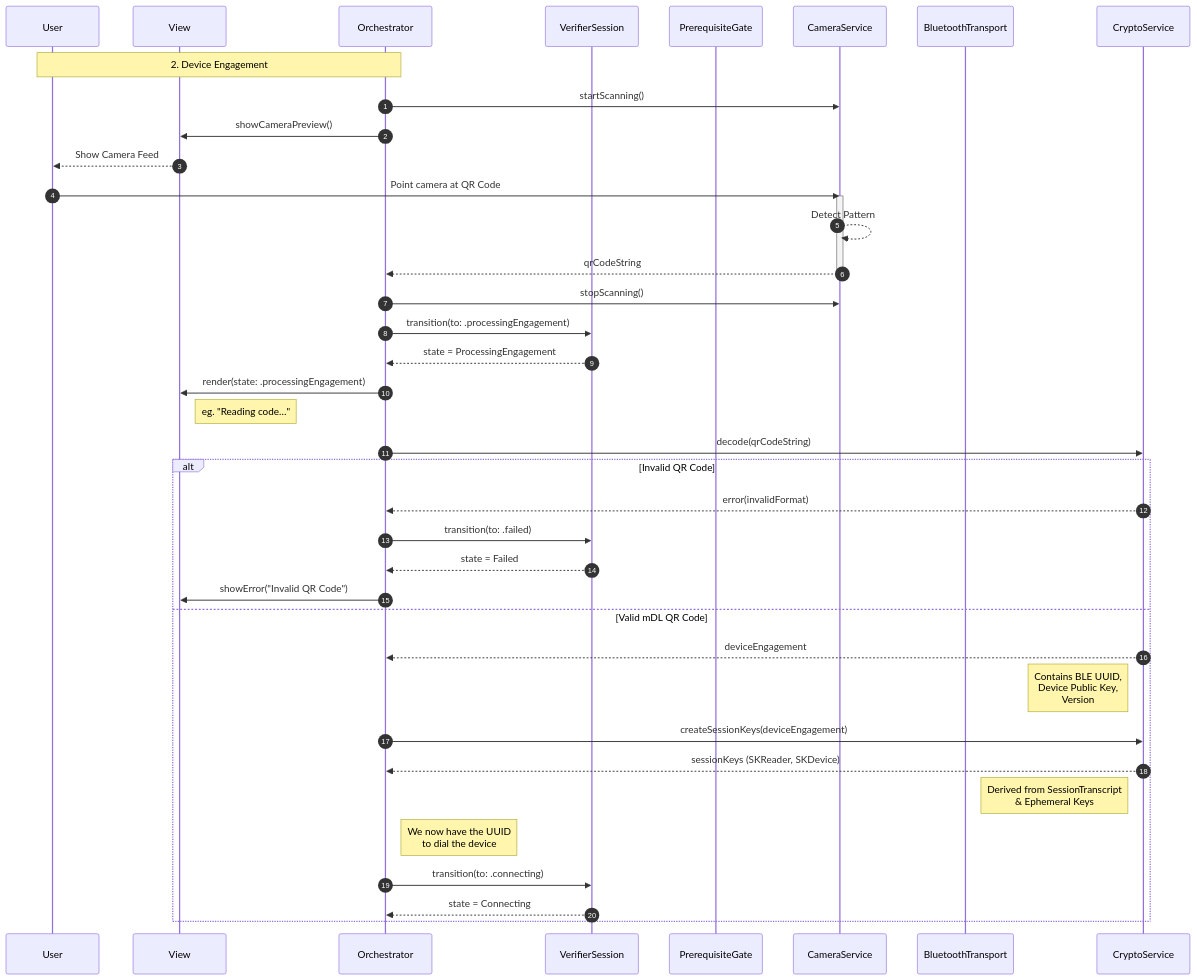
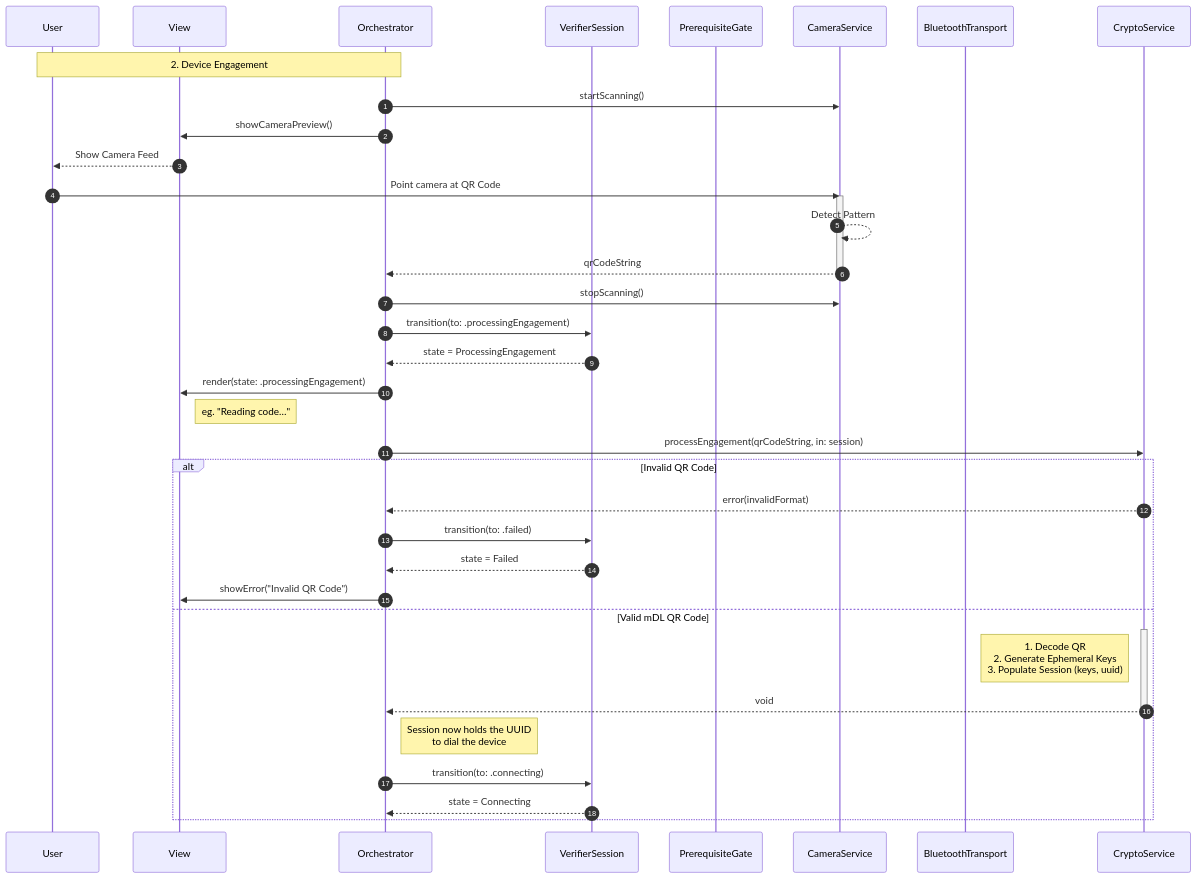
Before and after one commit to govuk-one-login/mobile-credential-sharing-docs: the third of 8 diagrams in verifier-solution-architecture.md, drawn with Mermaid. The commit also changed other lines of this file, not shown here.

Commit message:
updates to verifier solution architecture to match holder

````diff
--- a/verifier-solution-architecture.md
+++ b/verifier-solution-architecture.md
@@ -279,52 +303,50 @@
 ```mermaid
 sequenceDiagram
     autonumber
     
     participant User
     participant UI as View
     participant OR as Orchestrator
     participant VS as VerifierSession
     participant PG as PrerequisiteGate
     participant CAM as CameraService
     participant BLE as BluetoothTransport
     participant CRY as CryptoService
 
     Note over User, OR: 2. Device Engagement
 
     OR->>CAM: startScanning()
     OR->>UI: showCameraPreview()
     UI-->>User: Show Camera Feed
     
     User->>CAM: Point camera at QR Code
     activate CAM
     CAM-->>CAM: Detect Pattern
     CAM-->>OR: qrCodeString
     deactivate CAM
     
     OR->>CAM: stopScanning()
     
     OR->>VS: transition(to: .processingEngagement)
     VS-->>OR: state = ProcessingEngagement
     OR->>UI: render(state: .processingEngagement)
     Note right of UI: eg. "Reading code…"
     
-    OR->>CRY: decode(qrCodeString)
+    OR->>CRY: processEngagement(qrCodeString, in: session)
     
     alt Invalid QR Code
         CRY-->>OR: error(invalidFormat)
         OR->>VS: transition(to: .failed) 
         VS-->>OR: state = Failed
         OR->>UI: showError("Invalid QR Code")
     else Valid mDL QR Code
-        CRY-->>OR: deviceEngagement
-        Note left of CRY: Contains BLE UUID,<br/>Device Public Key,<br/>Version
+        activate CRY
+        Note left of CRY: 1. Decode QR<br/>2. Generate Ephemeral Keys<br/>3. Populate Session (keys, uuid)
+        CRY-->>OR: void
+        deactivate CRY
         
-        OR->>CRY: createSessionKeys(deviceEngagement)
-        CRY-->>OR: sessionKeys (SKReader, SKDevice)
-        Note left of CRY: Derived from SessionTranscript<br/>& Ephemeral Keys
-        
-        Note right of OR: We now have the UUID<br/>to dial the device
+        Note right of OR: Session now holds the UUID<br/>to dial the device
         OR->>VS: transition(to: .connecting)
         VS-->>OR: state = Connecting
     end
 ```
````
